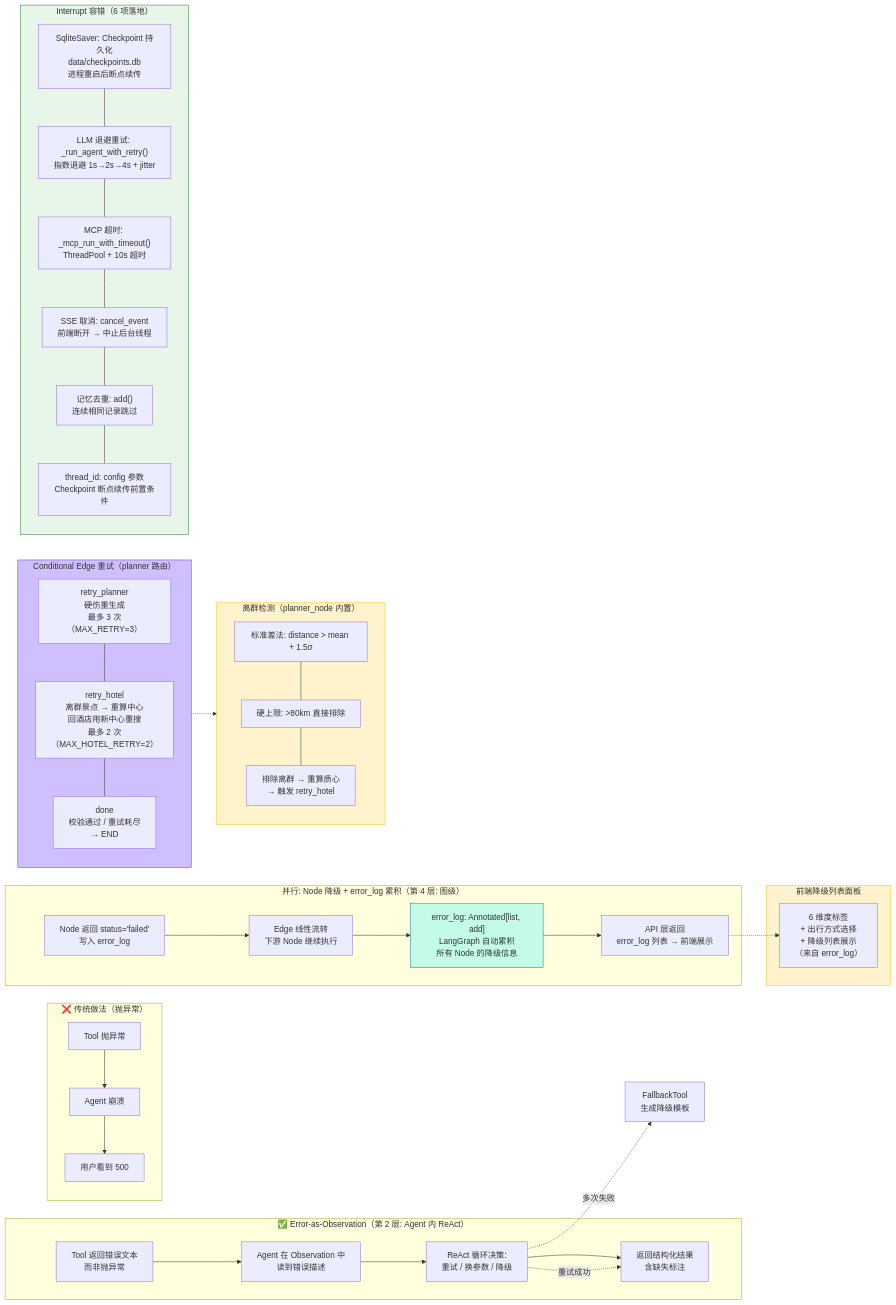
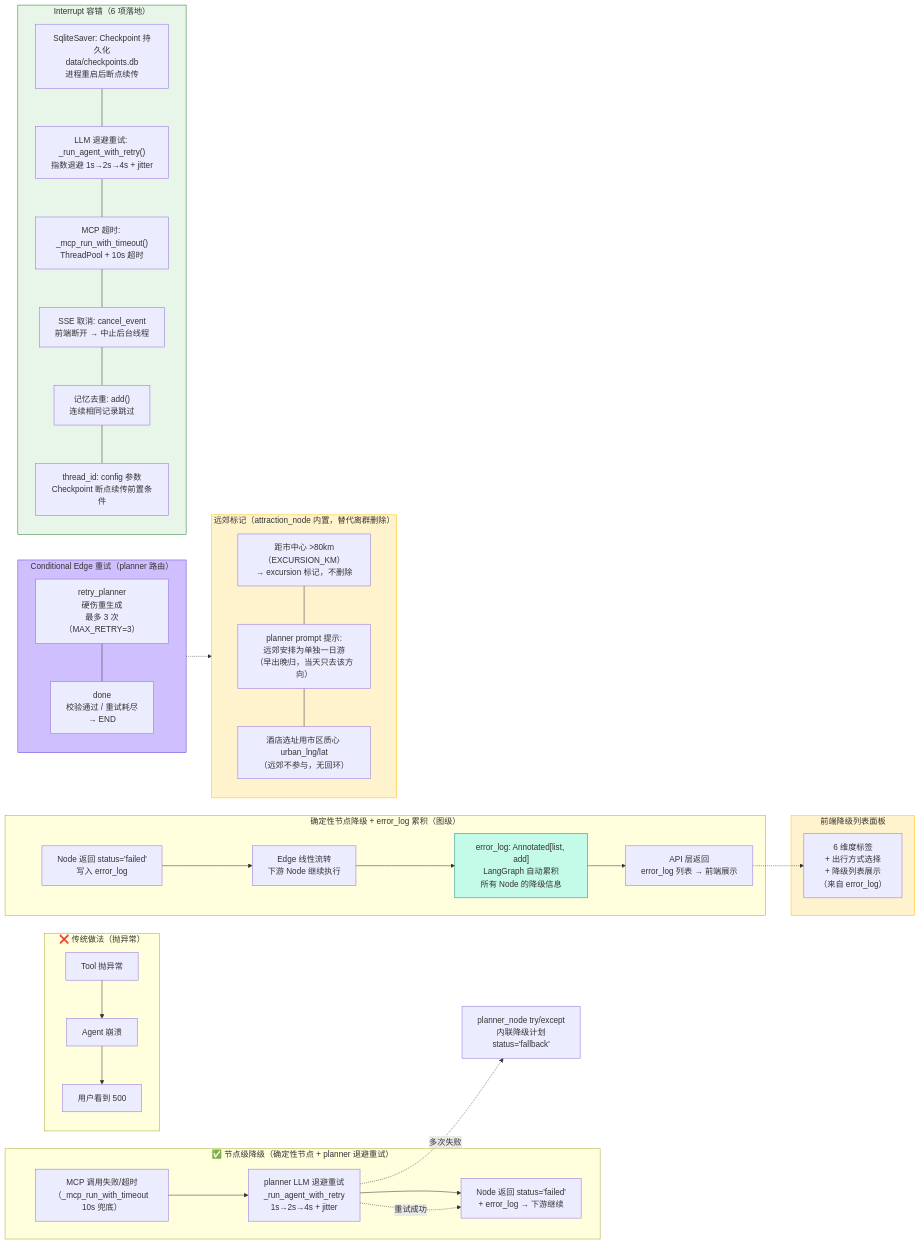
The sixth of 7 diagrams in ARCHITECTURE.md (SuperGODOG/tripplanner), drawn with Mermaid before and after one commit. The commit also changed other lines of this file and 25 other files, not shown here.

````diff
--- a/ARCHITECTURE.md
+++ b/ARCHITECTURE.md
@@ -287,67 +277,65 @@
 ```mermaid
 flowchart LR
     subgraph Bad["❌ 传统做法（抛异常）"]
         ERR["Tool 抛异常"]
         CRASH["Agent 崩溃"]
         USERERR["用户看到 500"]
         ERR --> CRASH --> USERERR
     end
 
-    subgraph Good["✅ Error-as-Observation（第 2 层: Agent 内 ReAct）"]
-        OBS["Tool 返回错误文本<br/>而非抛异常"]
-        REACT["Agent 在 Observation 中<br/>读到错误描述"]
-        RETRY["ReAct 循环决策:<br/>重试 / 换参数 / 降级"]
-        DONE["返回结构化结果<br/>含缺失标注"]
-        OBS --> REACT --> RETRY --> DONE
+    subgraph Good["✅ 节点级降级（确定性节点 + planner 退避重试）"]
+        OBS["MCP 调用失败/超时<br/>（_mcp_run_with_timeout 10s 兜底）"]
+        RETRY["planner LLM 退避重试<br/>_run_agent_with_retry<br/>1s→2s→4s + jitter"]
+        DONE["Node 返回 status='failed'<br/>+ error_log → 下游继续"]
+        OBS --> RETRY --> DONE
     end
 
-    subgraph GraphLayer["并行: Node 降级 + error_log 累积（第 4 层: 图级）"]
+    subgraph GraphLayer["确定性节点降级 + error_log 累积（图级）"]
         GFAIL["Node 返回 status='failed'<br/>写入 error_log"]
         GEDGE["Edge 线性流转<br/>下游 Node 继续执行"]
         ACCUM["error_log: Annotated[list, add]<br/>LangGraph 自动累积<br/>所有 Node 的降级信息"]
         API_RET["API 层返回<br/>error_log 列表 → 前端展示"]
         GFAIL --> GEDGE --> ACCUM --> API_RET
     end
 
     subgraph CondRetry["Conditional Edge 重试（planner 路由）"]
         direction TB
         CR1["retry_planner<br/>硬伤重生成<br/>最多 3 次（MAX_RETRY=3）"]
-        CR2["retry_hotel<br/>离群景点 → 重算中心<br/>回酒店用新中心重搜<br/>最多 2 次（MAX_HOTEL_RETRY=2）"]
         CR3["done<br/>校验通过 / 重试耗尽<br/>→ END"]
-        CR1 --- CR2 --- CR3
+        CR1 --- CR3
     end
 
-    subgraph OutlierDetect["离群检测（planner_node 内置）"]
+    subgraph ExcursionMark["远郊标记（attraction_node 内置，替代离群删除）"]
         direction TB
-        OD1["标准差法: distance > mean + 1.5σ"]
-        OD2["硬上限: >80km 直接排除"]
-        OD3["排除离群 → 重算质心<br/>→ 触发 retry_hotel"]
+        OD1["距市中心 >80km（EXCURSION_KM）<br/>→ excursion 标记，不删除"]
+        OD2["planner prompt 提示:<br/>远郊安排为单独一日游<br/>（早出晚归，当天只去该方向）"]
+        OD3["酒店选址用市区质心 urban_lng/lat<br/>（远郊不参与，无回环）"]
         OD1 --- OD2 --- OD3
     end
 
     subgraph InterruptResilient["Interrupt 容错（6 项落地）"]
         direction TB
         IR1["SqliteSaver: Checkpoint 持久化<br/>data/checkpoints.db<br/>进程重启后断点续传"]
         IR2["LLM 退避重试: _run_agent_with_retry()<br/>指数退避 1s→2s→4s + jitter"]
         IR3["MCP 超时: _mcp_run_with_timeout()<br/>ThreadPool + 10s 超时"]
         IR4["SSE 取消: cancel_event<br/>前端断开 → 中止后台线程"]
         IR5["记忆去重: add()<br/>连续相同记录跳过"]
         IR6["thread_id: config 参数<br/>Checkpoint 断点续传前置条件"]
         IR1 --- IR2 --- IR3 --- IR4 --- IR5 --- IR6
     end
 
     subgraph FallbackPanel["前端降级列表面板"]
         FP["6 维度标签<br/>+ 出行方式选择<br/>+ 降级列表展示<br/>（来自 error_log）"]
     end
 
     RETRY -.->|"重试成功"| DONE
-    RETRY -.->|"多次失败"| FB["FallbackTool<br/>生成降级模板"]
+    RETRY -.->|"多次失败"| FALLBACK_PLAN["planner_node try/except<br/>内联降级计划<br/>status='fallback'"]
     API_RET -.-> FP
-    CondRetry -.-> OutlierDetect
+    CondRetry -.-> ExcursionMark
 
     style ACCUM fill:#c3fae8,stroke:#0c8599
     style CondRetry fill:#d0bfff,stroke:#6741d9
-    style OutlierDetect fill:#fff3cd,stroke:#ffc107
+    style ExcursionMark fill:#fff3cd,stroke:#ffc107
     style InterruptResilient fill:#e8f5e9,stroke:#2e7d32
     style FallbackPanel fill:#fff3cd,stroke:#ffc107
 ```
````
